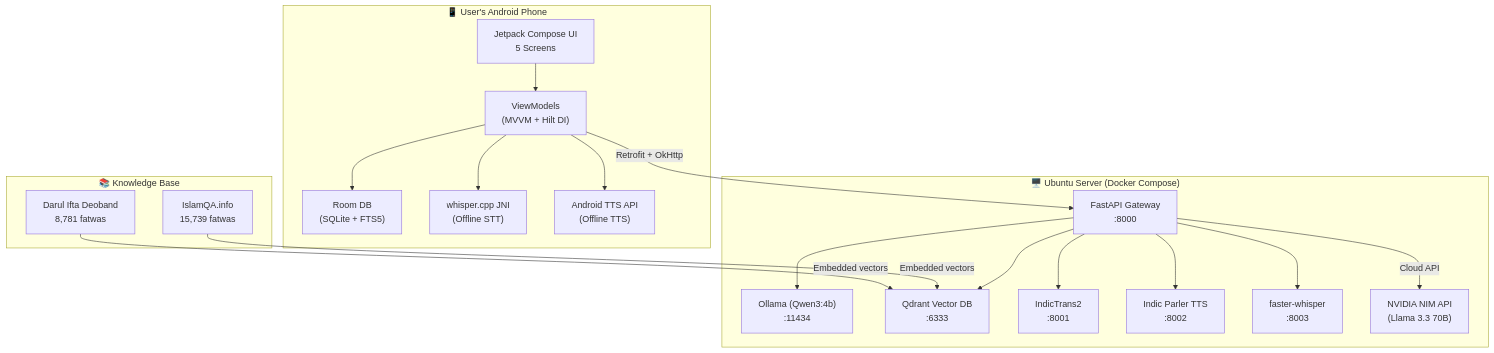
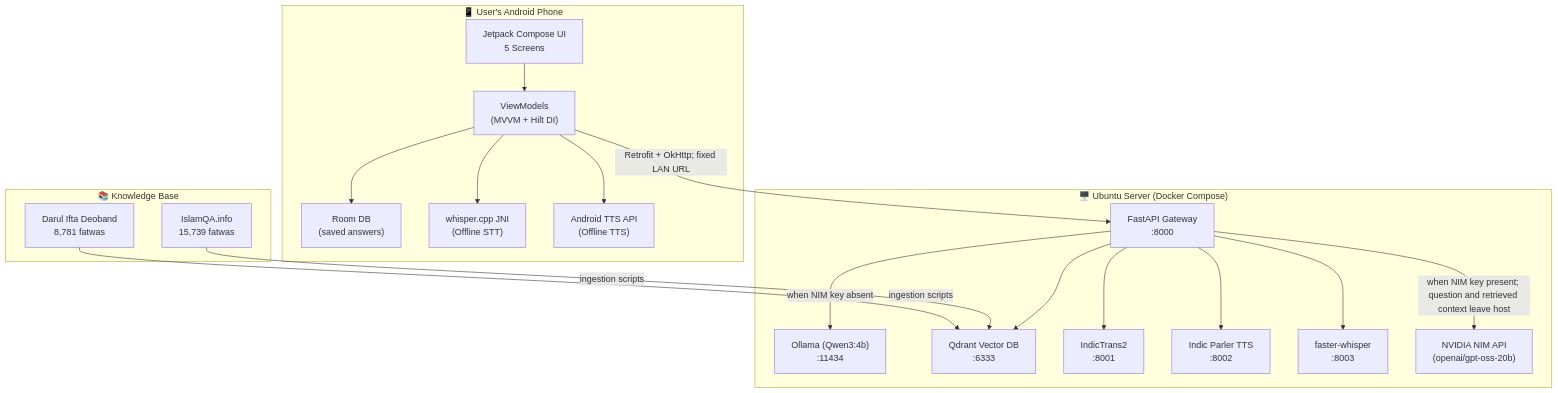
One commit to IslamicITHub/rushdul-ilm changed the first of 5 diagrams in docs/ARCHITECTURE.md. Above: the diagram before and after it, drawn with Mermaid. The commit also changed other lines of this file and 22 other files, not shown here.

````diff
--- a/docs/ARCHITECTURE.md
+++ b/docs/ARCHITECTURE.md
@@ -24,39 +26,39 @@
 ```mermaid
 graph TB
     subgraph "📱 User's Android Phone"
         UI["Jetpack Compose UI<br/>5 Screens"]
         VM["ViewModels<br/>(MVVM + Hilt DI)"]
-        ROOM["Room DB<br/>(SQLite + FTS5)"]
+        ROOM["Room DB<br/>(saved answers)"]
         WHISPER_LOCAL["whisper.cpp JNI<br/>(Offline STT)"]
         ANDROID_TTS["Android TTS API<br/>(Offline TTS)"]
     end
 
     subgraph "🖥️ Ubuntu Server (Docker Compose)"
         FASTAPI["FastAPI Gateway<br/>:8000"]
         OLLAMA["Ollama (Qwen3:4b)<br/>:11434"]
         QDRANT["Qdrant Vector DB<br/>:6333"]
         INDICTRANS["IndicTrans2<br/>:8001"]
         TTS_SVC["Indic Parler TTS<br/>:8002"]
         STT_SVC["faster-whisper<br/>:8003"]
-        NIM["NVIDIA NIM API<br/>(Llama 3.3 70B)"]
+        NIM["NVIDIA NIM API<br/>(openai/gpt-oss-20b)"]
     end
 
     subgraph "📚 Knowledge Base"
         ISLAMQA["IslamQA.info<br/>15,739 fatwas"]
         DEOBAND["Darul Ifta Deoband<br/>8,781 fatwas"]
     end
 
     UI --> VM
     VM --> ROOM
     VM --> WHISPER_LOCAL
     VM --> ANDROID_TTS
-    VM -->|"Retrofit + OkHttp"| FASTAPI
-    FASTAPI --> OLLAMA
+    VM -->|"Retrofit + OkHttp; fixed LAN URL"| FASTAPI
+    FASTAPI -->|"when NIM key absent"| OLLAMA
     FASTAPI --> QDRANT
     FASTAPI --> INDICTRANS
     FASTAPI --> TTS_SVC
     FASTAPI --> STT_SVC
-    FASTAPI -->|"Cloud API"| NIM
-    ISLAMQA -->|"Embedded vectors"| QDRANT
-    DEOBAND -->|"Embedded vectors"| QDRANT
+    FASTAPI -->|"when NIM key present; question and retrieved context leave host"| NIM
+    ISLAMQA -->|"ingestion scripts"| QDRANT
+    DEOBAND -->|"ingestion scripts"| QDRANT
 ```
````
